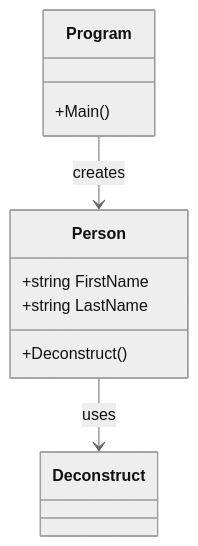
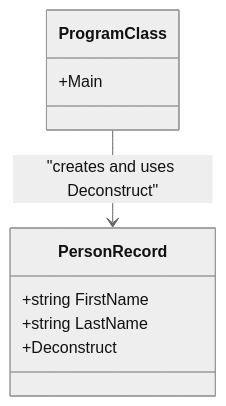
One commit to 42jerrykim/42jerrykim.github.io changed the seventh of 11 diagrams in content/post/2024/2024-10-16-csharp-tuple/index.md. Above: the diagram before and after it, drawn with Mermaid (neutral theme). The commit also changed other lines of this file and 239 other files, not shown here.

````diff
--- a/content/post/2024/2024-10-16-csharp-tuple/index.md
+++ b/content/post/2024/2024-10-16-csharp-tuple/index.md
@@ -670,15 +569,12 @@
 ```mermaid
 classDiagram
-    class Person {
+    class PersonRecord {
         +string FirstName
         +string LastName
-        +Deconstruct() 
+        +Deconstruct
     }
-    
-    class Program {
-        +Main()
+    class ProgramClass {
+        +Main
     }
-    
-    Program --> Person : creates
-    Person --> Deconstruct : uses
+    ProgramClass --> PersonRecord : "creates and uses Deconstruct"
 ```
````
